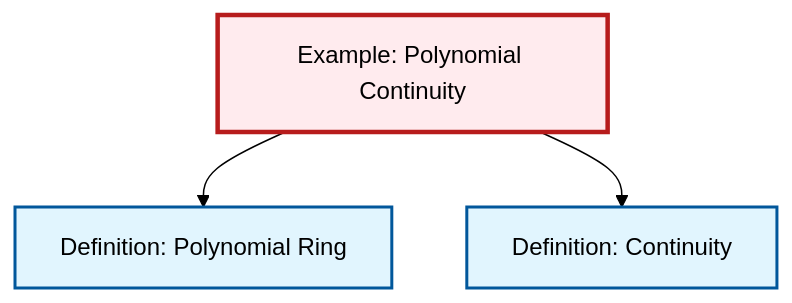
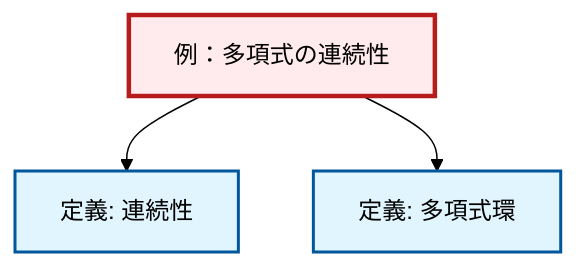
Before and after one commit to RK0429/ModernMath: the diagram in content/ja/analysis/ex-polynomial-continuity.qmd, drawn with Mermaid (forest theme). The commit also changed 1069 other files, not shown here.

````diff
--- a/content/ja/analysis/ex-polynomial-continuity.qmd
+++ b/content/ja/analysis/ex-polynomial-continuity.qmd
@@ -58,17 +58,17 @@
 ```{mermaid}
 %%| fig-cap: "Local dependency graph"
 graph TD
     classDef definition fill:#e1f5fe,stroke:#01579b,stroke-width:2px
     classDef theorem fill:#f3e5f5,stroke:#4a148c,stroke-width:2px
     classDef axiom fill:#fff3e0,stroke:#e65100,stroke-width:2px
     classDef example fill:#e8f5e9,stroke:#1b5e20,stroke-width:2px
     classDef current fill:#ffebee,stroke:#b71c1c,stroke-width:3px
-    ex-polynomial-continuity["Example: Polynomial Continuity"]:::example
-    def-polynomial-ring["Definition: Polynomial Ring"]:::definition
-    def-continuity["Definition: Continuity"]:::definition
+    def-polynomial-ring["定義: 多項式環"]:::definition
+    ex-polynomial-continuity["例：多項式の連続性"]:::example
+    def-continuity["定義: 連続性"]:::definition
+    ex-polynomial-continuity --> def-continuity
     ex-polynomial-continuity --> def-polynomial-ring
-    ex-polynomial-continuity --> def-continuity
     class ex-polynomial-continuity current
-    click def-polynomial-ring "def-polynomial-ring.html" "Definition: Polynomial Ringへ"
-    click def-continuity "def-continuity.html" "Definition: Continuityへ"
+    click def-polynomial-ring "def-polynomial-ring.html" "多項式環の定義へ"
+    click def-continuity "def-continuity.html" "連続性の定義へ"
 ```
````
